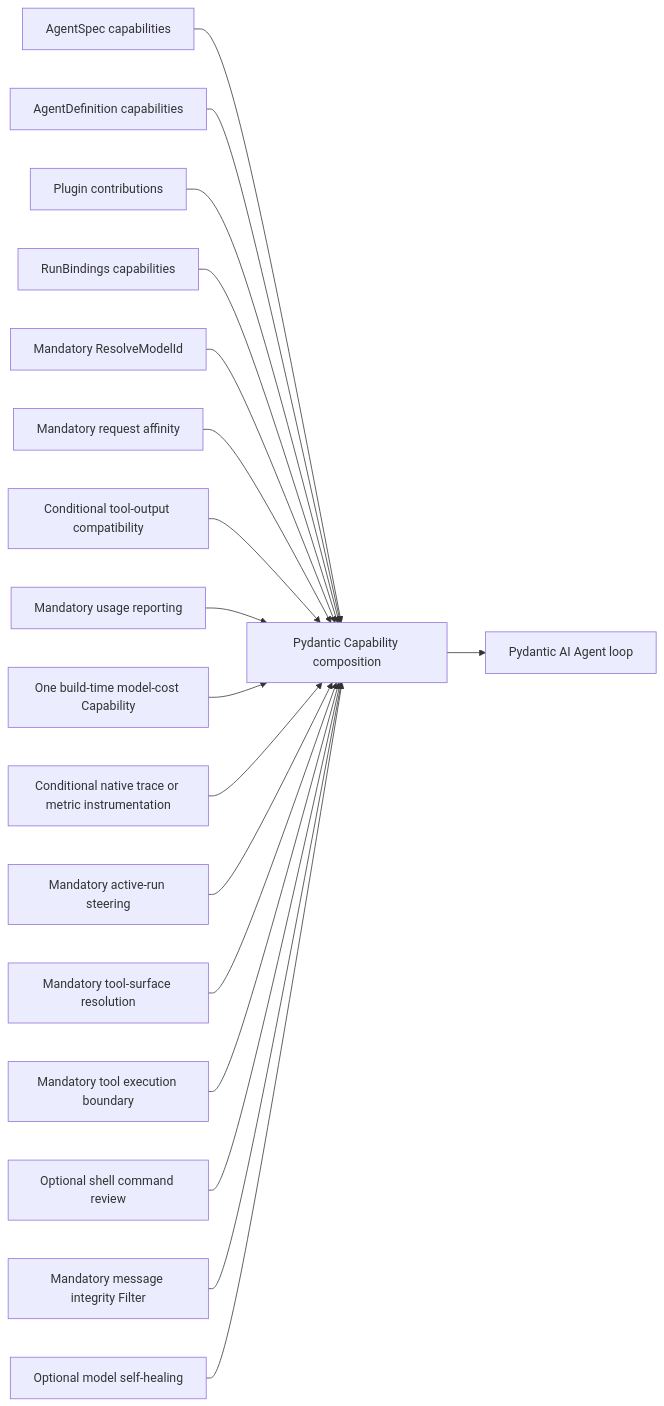
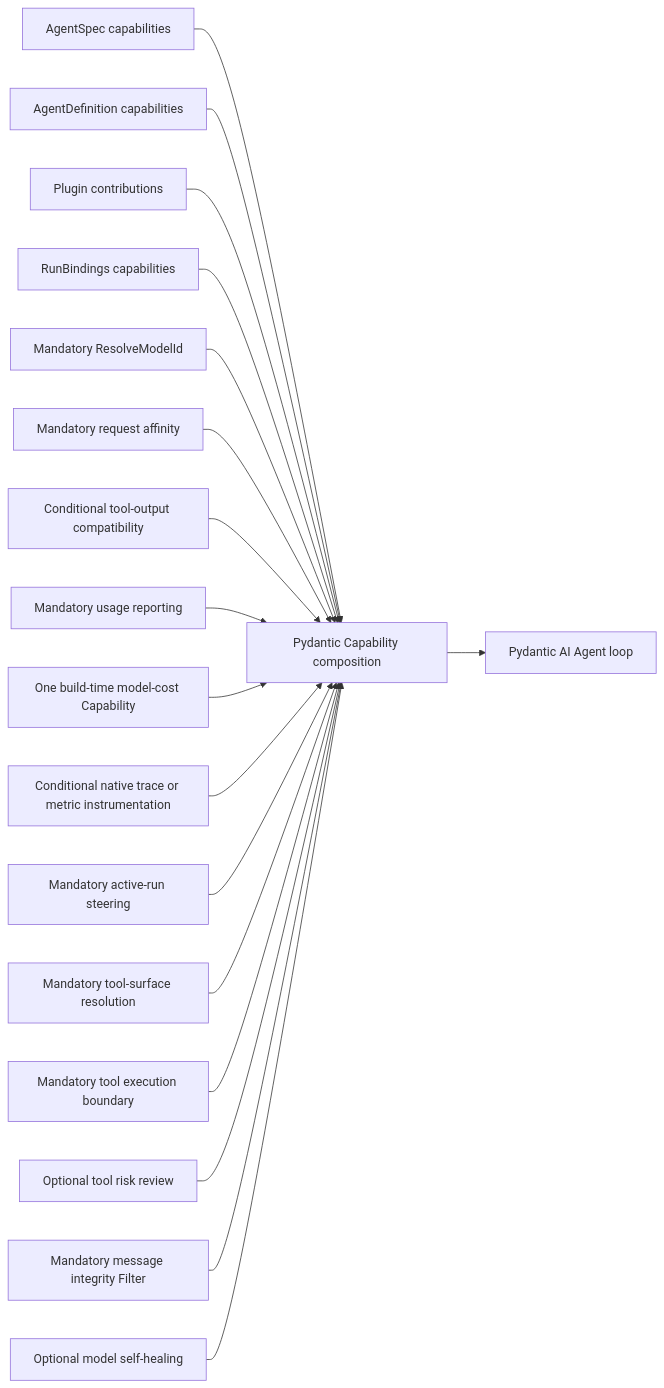
The diagram in spec/a13n-harness/17-core-capability-catalog.md (converge-ai-labs/agent-foundation), drawn with Mermaid before and after one commit. The commit also changed other lines of this file and 83 other files, not shown here.

First line of the commit message:
feat(harness)!: unify risk review and contextual decisions

````diff
--- a/spec/a13n-harness/17-core-capability-catalog.md
+++ b/spec/a13n-harness/17-core-capability-catalog.md
@@ -73,20 +73,20 @@
 ```mermaid
 flowchart LR
     Spec[AgentSpec capabilities] --> PAI[Pydantic Capability composition]
     Build[AgentDefinition capabilities] --> PAI
     Plugin[Plugin contributions] --> PAI
     Run[RunBindings capabilities] --> PAI
     Resolver[Mandatory ResolveModelId] --> PAI
     Affinity[Mandatory request affinity] --> PAI
     Structured[Conditional tool-output compatibility] --> PAI
     Usage[Mandatory usage reporting] --> PAI
     Pricing[One build-time model-cost Capability] --> PAI
     Observation[Conditional native trace or metric instrumentation] --> PAI
     Steering[Mandatory active-run steering] --> PAI
     Surface[Mandatory tool-surface resolution] --> PAI
     Boundary[Mandatory tool execution boundary] --> PAI
-    ShellReview[Optional shell command review] --> PAI
+    ToolReview[Optional tool risk review] --> PAI
     Integrity[Mandatory message integrity Filter] --> PAI
     SelfHealing[Optional model self-healing] --> PAI
     PAI --> Agent[Pydantic AI Agent loop]
 ```
````
